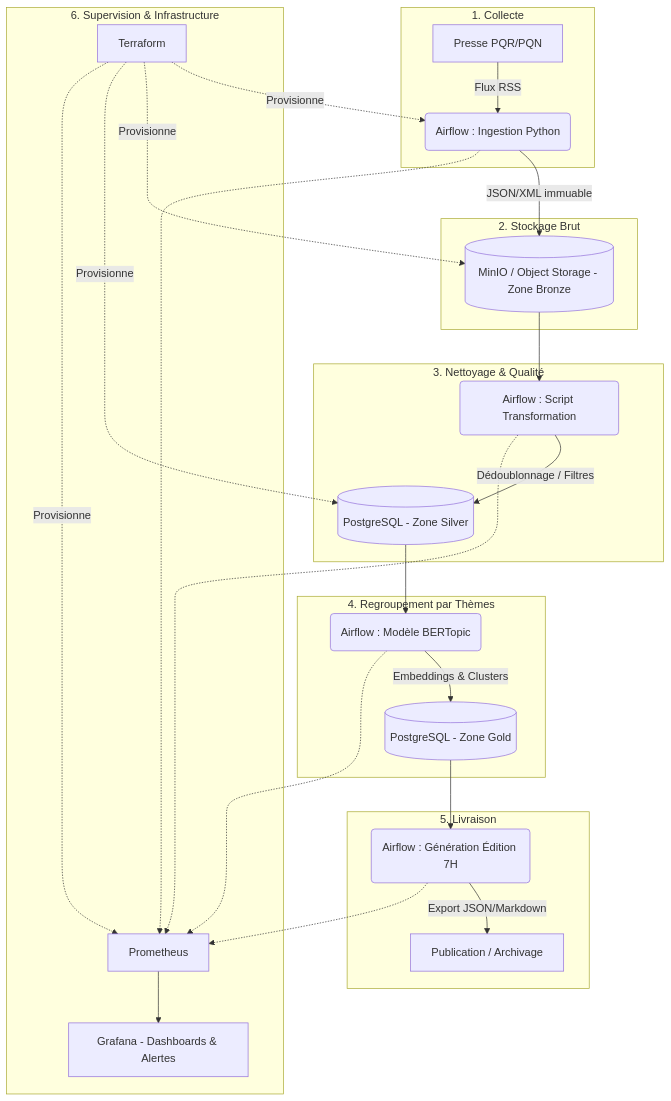
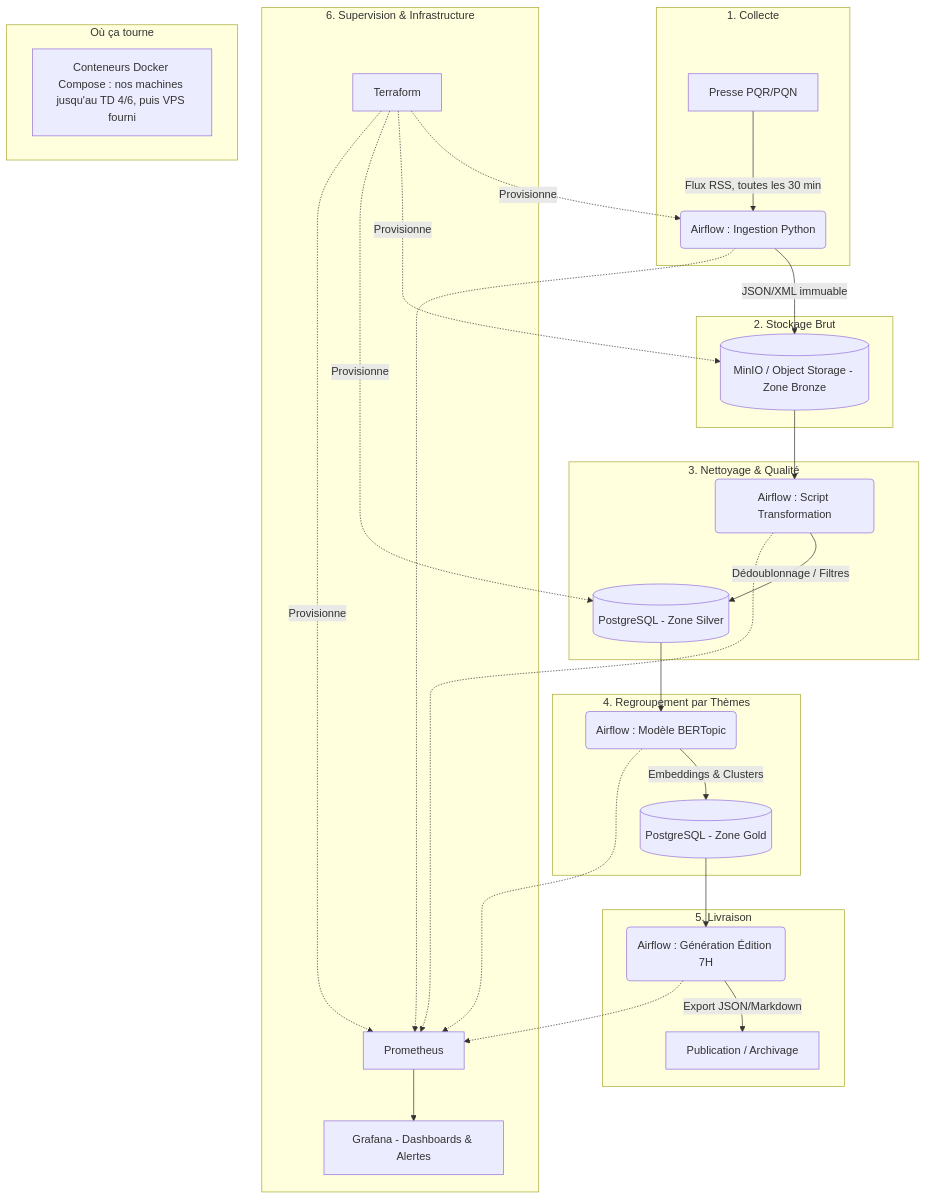
The diagram in docs/cadrage.md (entiteco/M2OPS_KVZI), drawn with Mermaid before and after one commit. The commit also changed other lines of this file and 1 other file, not shown here.

````diff
--- a/docs/cadrage.md
+++ b/docs/cadrage.md
@@ -91,38 +107,42 @@
 ```mermaid
 graph TD
     subgraph 1. Collecte
-        A[Presse PQR/PQN] -->|Flux RSS| B(Airflow : Ingestion Python)
+        A[Presse PQR/PQN] -->|Flux RSS, toutes les 30 min| B(Airflow : Ingestion Python)
     end
 
     subgraph 2. Stockage Brut
         B -->|JSON/XML immuable| C[(MinIO / Object Storage - Zone Bronze)]
     end
 
     subgraph 3. Nettoyage & Qualité
         C --> D(Airflow : Script Transformation)
         D -->|Dédoublonnage / Filtres| E[(PostgreSQL - Zone Silver)]
     end
 
     subgraph 4. Regroupement par Thèmes
         E --> F(Airflow : Modèle BERTopic)
         F -->|Embeddings & Clusters| G[(PostgreSQL - Zone Gold)]
     end
 
     subgraph 5. Livraison
         G --> H(Airflow : Génération Édition 7H)
         H -->|Export JSON/Markdown| I[Publication / Archivage]
     end
 
     subgraph 6. Supervision & Infrastructure
         B -.-> J[Prometheus]
         D -.-> J
         F -.-> J
         H -.-> J
         J --> K[Grafana - Dashboards & Alertes]
       
         L[Terraform] -.->|Provisionne| B
         L -.->|Provisionne| C
         L -.->|Provisionne| E
         L -.->|Provisionne| J
     end
+
+    subgraph OU[Où ça tourne]
+        M[Conteneurs Docker Compose : nos machines jusqu'au TD 4/6, puis VPS fourni]
+    end
 ```
````
